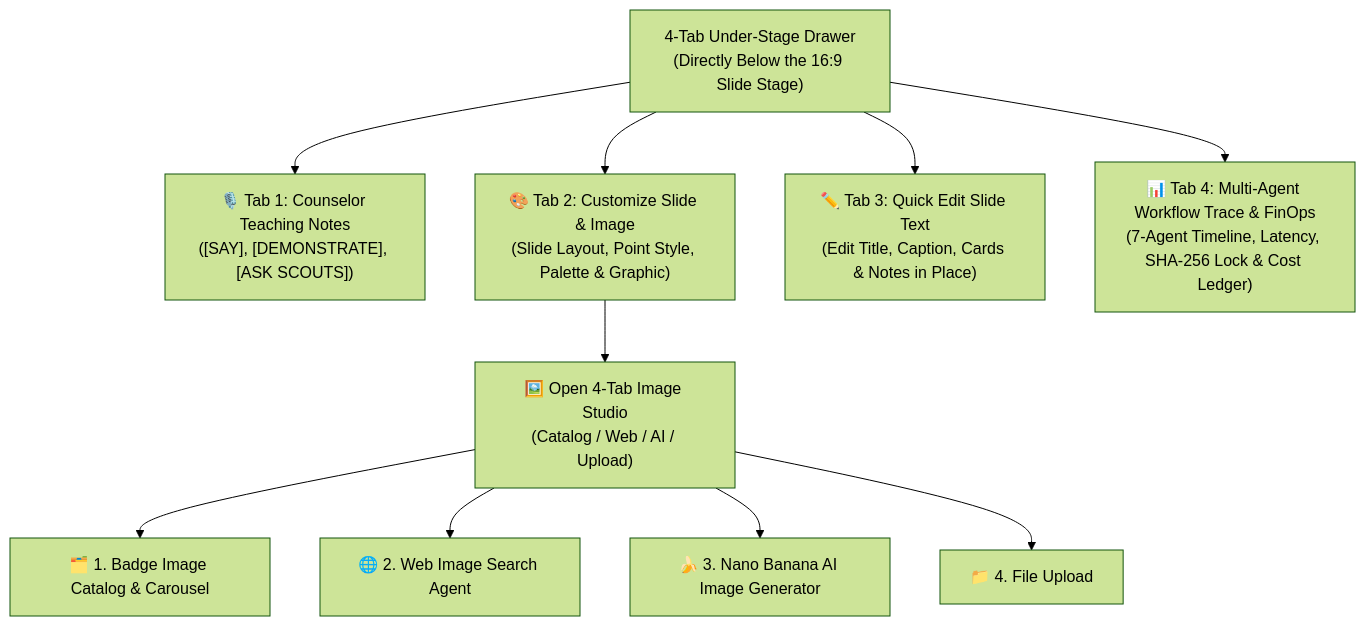
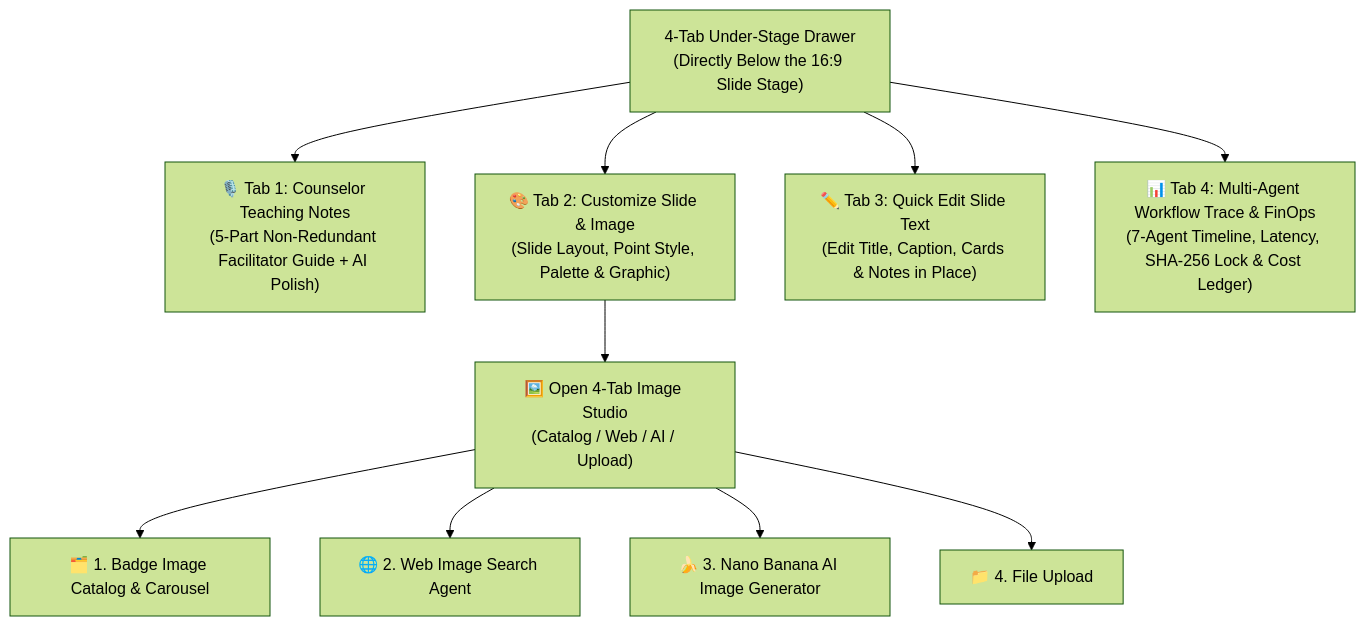
Before and after one commit to clayberg/scouts-bsa-merit-badge-agent: the second of 2 diagrams in docs/USER_GUIDE.md, drawn with Mermaid (forest theme). The commit also changed other lines of this file and 193 other files, not shown here.

````diff
--- a/docs/USER_GUIDE.md
+++ b/docs/USER_GUIDE.md
@@ -271,12 +272,12 @@
 ```mermaid
 flowchart TD
-    Drawer["4-Tab Under-Stage Drawer<br/>(Directly Below the 16:9 Slide Stage)"] --> Tab1["🎙️ Tab 1: Counselor Teaching Notes<br/>([SAY], [DEMONSTRATE], [ASK SCOUTS])"]
+    Drawer["4-Tab Under-Stage Drawer<br/>(Directly Below the 16:9 Slide Stage)"] --> Tab1["🎙️ Tab 1: Counselor Teaching Notes<br/>(5-Part Non-Redundant Facilitator Guide + AI Polish)"]
     Drawer --> Tab2["🎨 Tab 2: Customize Slide & Image<br/>(Slide Layout, Point Style, Palette & Graphic)"]
     Drawer --> Tab3["✏️ Tab 3: Quick Edit Slide Text<br/>(Edit Title, Caption, Cards & Notes in Place)"]
     Drawer --> Tab4["📊 Tab 4: Multi-Agent Workflow Trace & FinOps<br/>(7-Agent Timeline, Latency, SHA-256 Lock & Cost Ledger)"]
     Tab2 --> Modal["🖼️ Open 4-Tab Image Studio<br/>(Catalog / Web / AI / Upload)"]
     Modal --> M1["🗂️ 1. Badge Image Catalog & Carousel"]
     Modal --> M2["🌐 2. Web Image Search Agent"]
     Modal --> M3["🍌 3. Nano Banana AI Image Generator"]
     Modal --> M4["📁 4. File Upload"]
 ```
````
